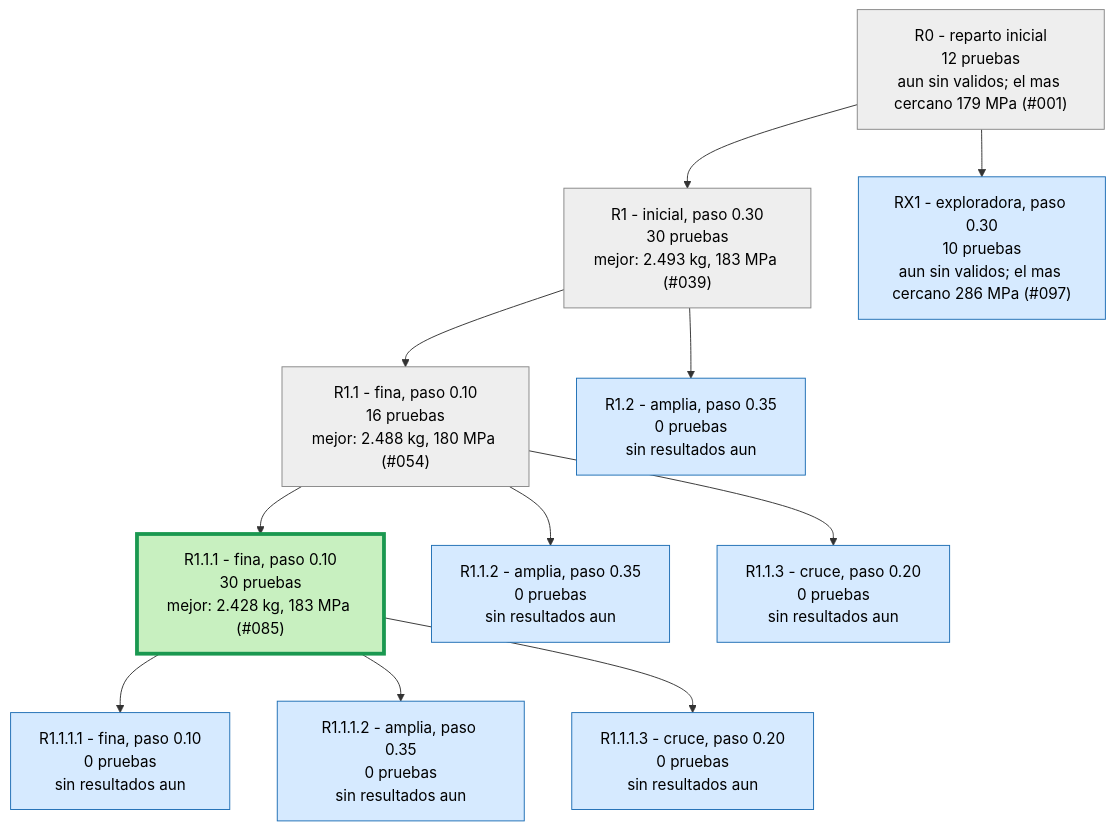
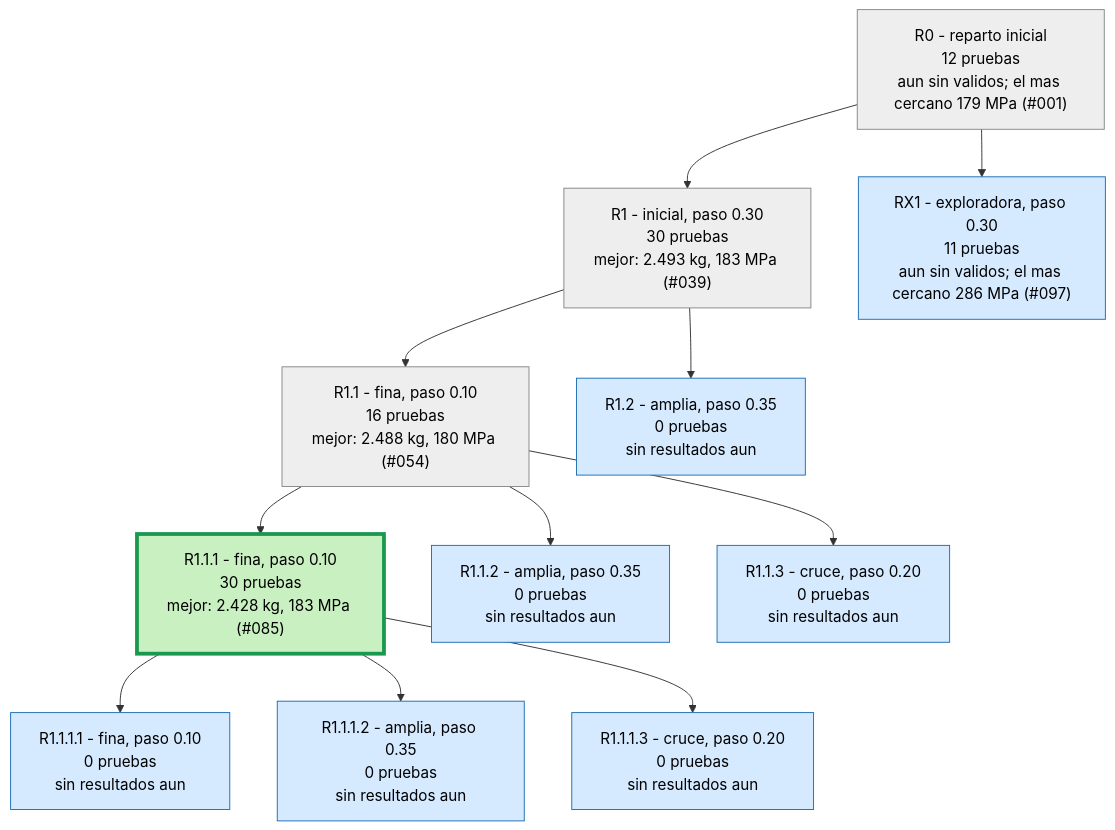
Before and after one commit to Hugiko/msd-soporte-optimizacion: the second of 3 diagrams in runs/opt_37800N/ARBOL.md, drawn with Mermaid. The commit also changed 14 other files, not shown here.

````diff
--- a/runs/opt_37800N/ARBOL.md
+++ b/runs/opt_37800N/ARBOL.md
@@ -25,27 +25,27 @@
 ```mermaid
 graph TD
 classDef activa fill:#d6eaff,stroke:#1f6fb5,color:#000
 classDef fin fill:#eeeeee,stroke:#888,color:#000
 classDef mejor fill:#c8f0c0,stroke:#1a9850,stroke-width:4px,color:#000
 R0["R0 - reparto inicial<br/>12 pruebas<br/>aun sin validos; el mas cercano 179 MPa (#001)"]:::fin
 R1["R1 - inicial, paso 0.30<br/>30 pruebas<br/>mejor: 2.493 kg, 183 MPa (#039)"]:::fin
 R0 --> R1
 R1_1["R1.1 - fina, paso 0.10<br/>16 pruebas<br/>mejor: 2.488 kg, 180 MPa (#054)"]:::fin
 R1 --> R1_1
 R1_2["R1.2 - amplia, paso 0.35<br/>0 pruebas<br/>sin resultados aun"]:::activa
 R1 --> R1_2
 R1_1_1["R1.1.1 - fina, paso 0.10<br/>30 pruebas<br/>mejor: 2.428 kg, 183 MPa (#085)"]:::mejor
 R1_1 --> R1_1_1
 R1_1_2["R1.1.2 - amplia, paso 0.35<br/>0 pruebas<br/>sin resultados aun"]:::activa
 R1_1 --> R1_1_2
 R1_1_3["R1.1.3 - cruce, paso 0.20<br/>0 pruebas<br/>sin resultados aun"]:::activa
 R1_1 --> R1_1_3
 R1_1_1_1["R1.1.1.1 - fina, paso 0.10<br/>0 pruebas<br/>sin resultados aun"]:::activa
 R1_1_1 --> R1_1_1_1
 R1_1_1_2["R1.1.1.2 - amplia, paso 0.35<br/>0 pruebas<br/>sin resultados aun"]:::activa
 R1_1_1 --> R1_1_1_2
 R1_1_1_3["R1.1.1.3 - cruce, paso 0.20<br/>0 pruebas<br/>sin resultados aun"]:::activa
 R1_1_1 --> R1_1_1_3
-RX1["RX1 - exploradora, paso 0.30<br/>10 pruebas<br/>aun sin validos; el mas cercano 286 MPa (#097)"]:::activa
+RX1["RX1 - exploradora, paso 0.30<br/>11 pruebas<br/>aun sin validos; el mas cercano 286 MPa (#097)"]:::activa
 R0 --> RX1
 ```
````
